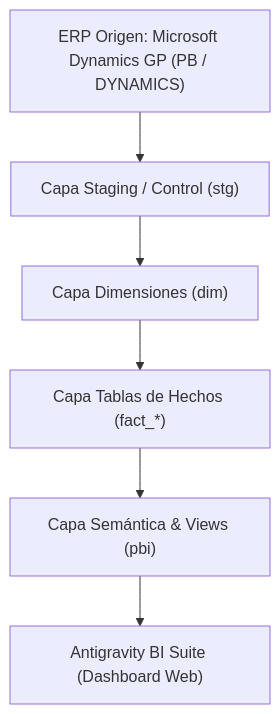
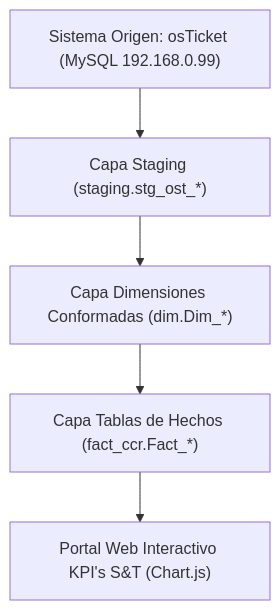
The diagram in README.md (IAAsuarez26/KPIS-ST), drawn with Mermaid before and after one commit. The commit also changed other lines of this file, not shown here.

Commit message:
docs: Update README.md and Vercel project deployment link for KPI's S&T

````diff
--- a/README.md
+++ b/README.md
@@ -14,8 +22,7 @@
 ```mermaid
 graph TD
-    A["ERP Origen: Microsoft Dynamics GP (PB / DYNAMICS)"] --> B["Capa Staging / Control (stg)"]
-    B --> C["Capa Dimensiones (dim)"]
-    C --> D["Capa Tablas de Hechos (fact_*)"]
-    D --> E["Capa Semántica & Views (pbi)"]
-    E --> F["Antigravity BI Suite (Dashboard Web)"]
+    A["Sistema Origen: osTicket (MySQL 192.168.0.99)"] --> B["Capa Staging (staging.stg_ost_*)"]
+    B --> C["Capa Dimensiones Conformadas (dim.Dim_*)"]
+    C --> D["Capa Tablas de Hechos (fact_ccr.Fact_*)"]
+    D --> E["Portal Web Interactivo KPI's S&T (Chart.js)"]
 ```
````
